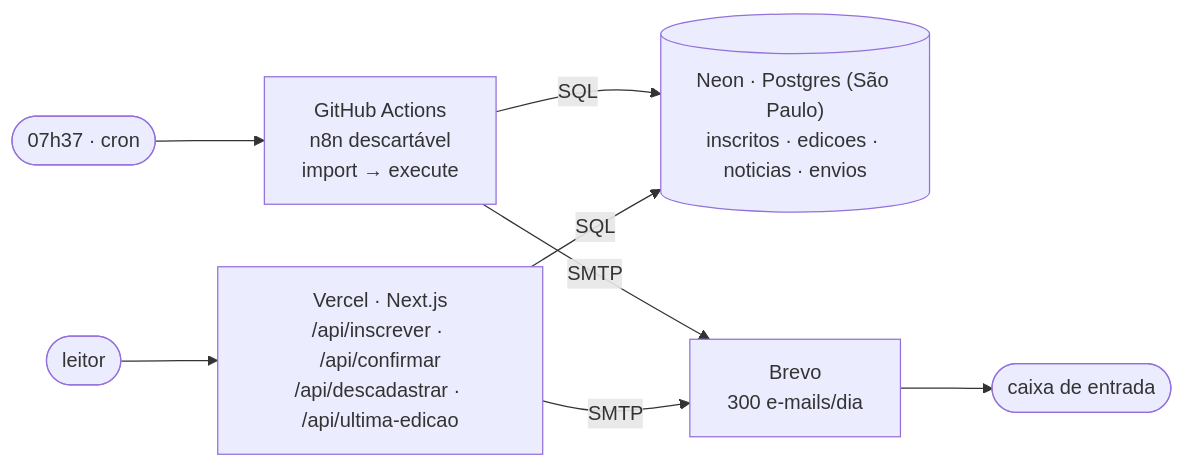
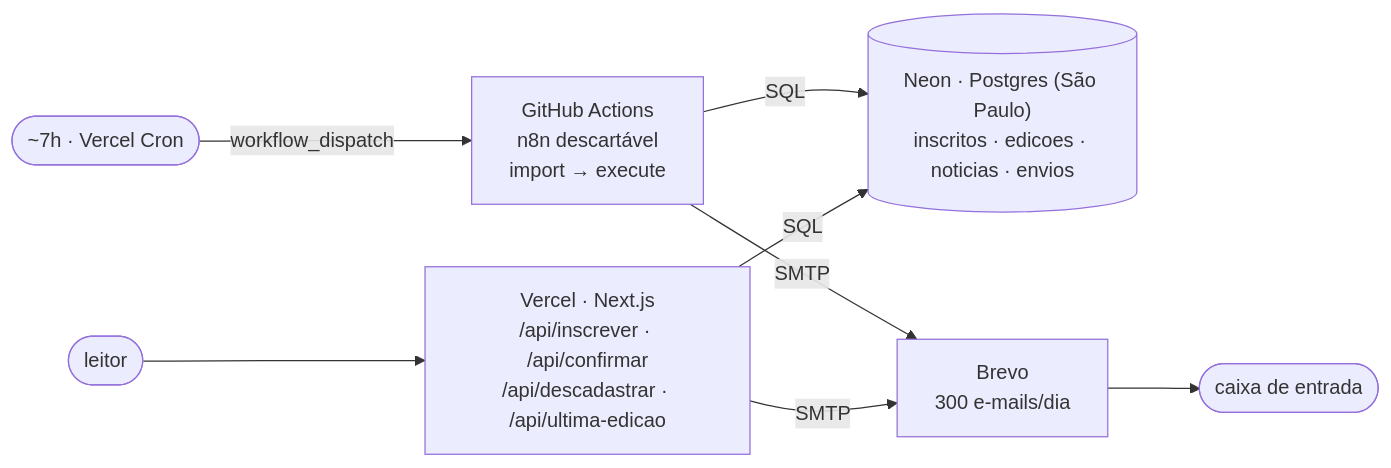
One commit to guialmm/sexto-homem changed the diagram in README.md. Above: the diagram before and after it, drawn with Mermaid. The commit also changed other lines of this file, not shown here.

Commit message:
docs: por que a edição é disparada pela Vercel

````diff
--- a/README.md
+++ b/README.md
@@ -43,10 +43,10 @@
 ```mermaid
 flowchart LR
-  cron(["07h37 · cron"]) --> gha["GitHub Actions<br/>n8n descartável<br/>import → execute"]
+  cron(["~7h · Vercel Cron"]) -- workflow_dispatch --> gha["GitHub Actions<br/>n8n descartável<br/>import → execute"]
   leitor(["leitor"]) --> vercel["Vercel · Next.js<br/>/api/inscrever · /api/confirmar<br/>/api/descadastrar · /api/ultima-edicao"]
   gha -- SQL --> neon[("Neon · Postgres (São Paulo)<br/>inscritos · edicoes · noticias · envios")]
   vercel -- SQL --> neon
   gha -- SMTP --> brevo["Brevo<br/>300 e-mails/dia"]
   vercel -- SMTP --> brevo
   brevo --> caixa(["caixa de entrada"])
 ```
````
